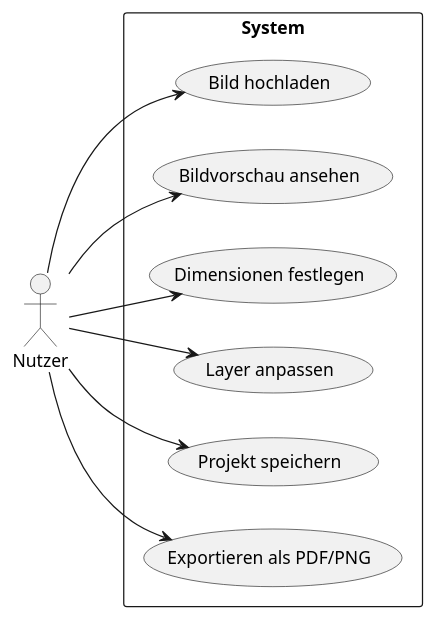
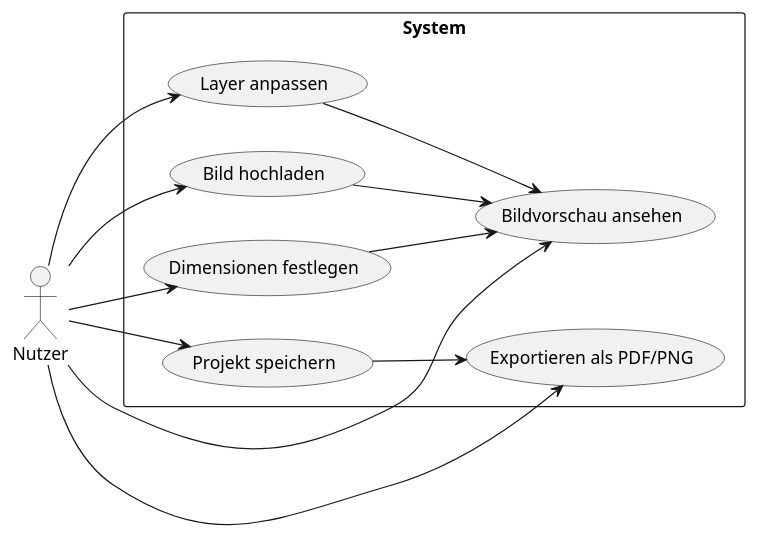
One commit to Karma-chocolate/SWE-Labor changed the diagram in UseCaseUML.puml. Above: the diagram before and after it, drawn with PlantUML.

```diff
--- a/UseCaseUML.puml
+++ b/UseCaseUML.puml
@@ -1,22 +1,35 @@
 @startuml
 left to right direction
 
 actor Nutzer
 
 rectangle "System" {
-    (Bild hochladen)
-    (Bildvorschau ansehen)
-    (Dimensionen festlegen)
-    (Layer anpassen)
-    (Projekt speichern)
-    (Exportieren als PDF/PNG)
+    usecase Upload as "Bild hochladen"
+    usecase Preview as "Bildvorschau ansehen"
+    usecase Dimensions as "Dimensionen festlegen"
+    usecase Layers as "Layer anpassen"
+    usecase Save as "Projekt speichern"
+    usecase Export as "Exportieren als PDF/PNG"
 }
 
-Nutzer --> (Bild hochladen)
-Nutzer --> (Bildvorschau ansehen)
-Nutzer --> (Dimensionen festlegen)
-Nutzer --> (Layer anpassen)
-Nutzer --> (Projekt speichern)
-Nutzer --> (Exportieren als PDF/PNG)
+Nutzer --> Upload
+Nutzer --> Preview
+Nutzer --> Dimensions
+Nutzer --> Layers
+Nutzer --> Save
+Nutzer --> Export
+
+' Include-Beziehungen (zwingende Abhängigkeiten)
+' Preview --> Export : <<include>>
+' Dimensions --> Preview : <<include>>
+' Layers --> Preview : <<include>>
+
+' Extend-Beziehungen (optionale Erweiterungen)
+' Save --> Upload : <<extend>>
+' Export --> Save : <<extend>>
+Save --> Export
+Dimensions --> Preview
+Layers --> Preview
+Upload --> Preview
 
 @enduml
```
